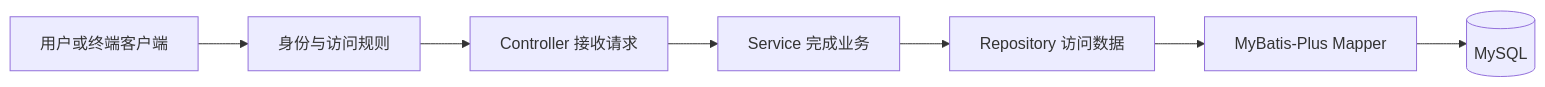
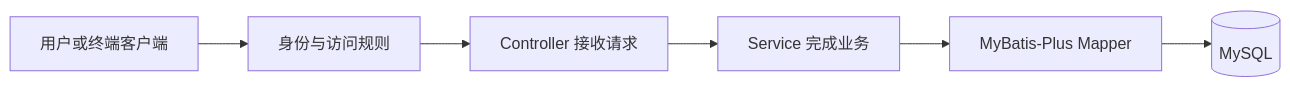
The diagram in docs/project-reading-guide.md (op1ed/appointment-manager), drawn with Mermaid before and after one commit. The commit also changed other lines of this file and 38 other files, not shown here.

````diff
--- a/docs/project-reading-guide.md
+++ b/docs/project-reading-guide.md
@@ -54,9 +54,8 @@
 ```mermaid
 flowchart LR
     CLIENT[用户或终端客户端] --> SECURITY[身份与访问规则]
     SECURITY --> CONTROLLER[Controller 接收请求]
     CONTROLLER --> SERVICE[Service 完成业务]
-    SERVICE --> REPO[Repository 访问数据]
-    REPO --> MAPPER[MyBatis-Plus Mapper]
+    SERVICE --> MAPPER[MyBatis-Plus Mapper]
     MAPPER --> DB[(MySQL)]
 ```
````
